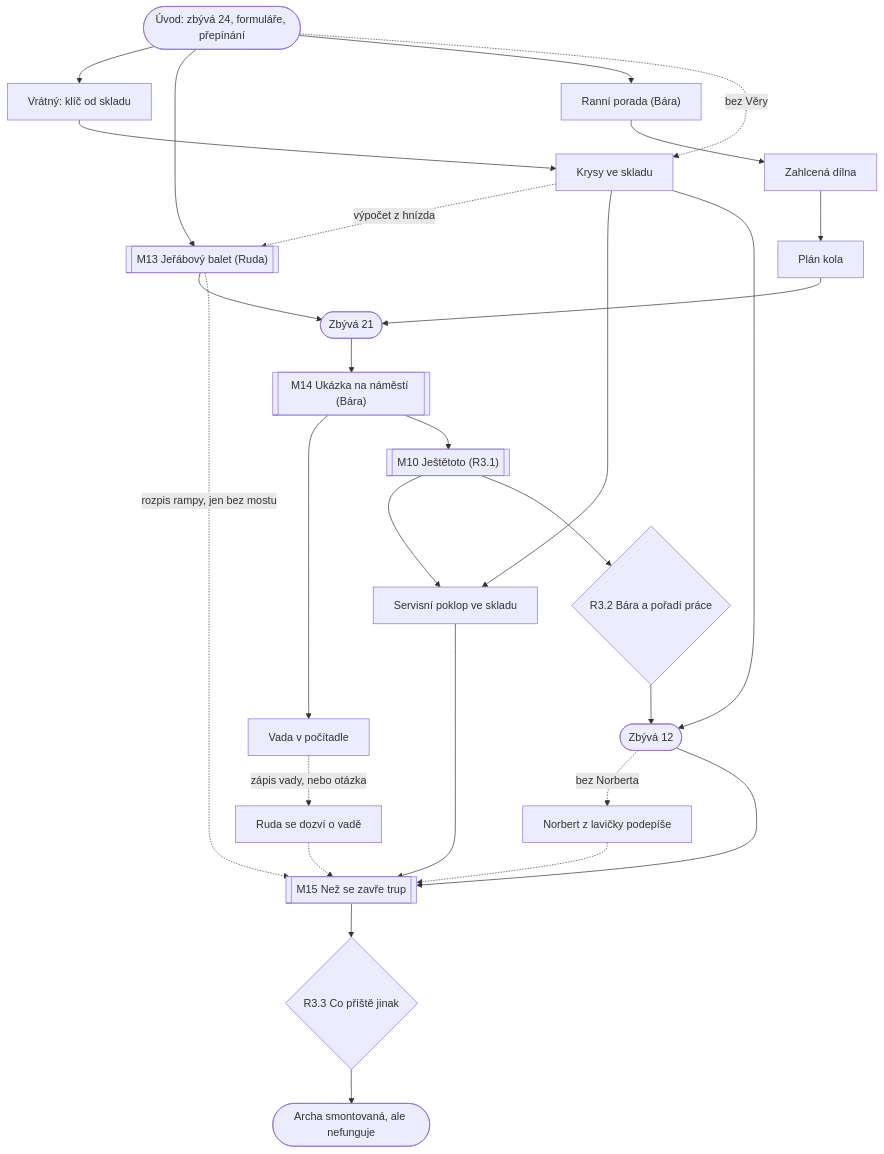
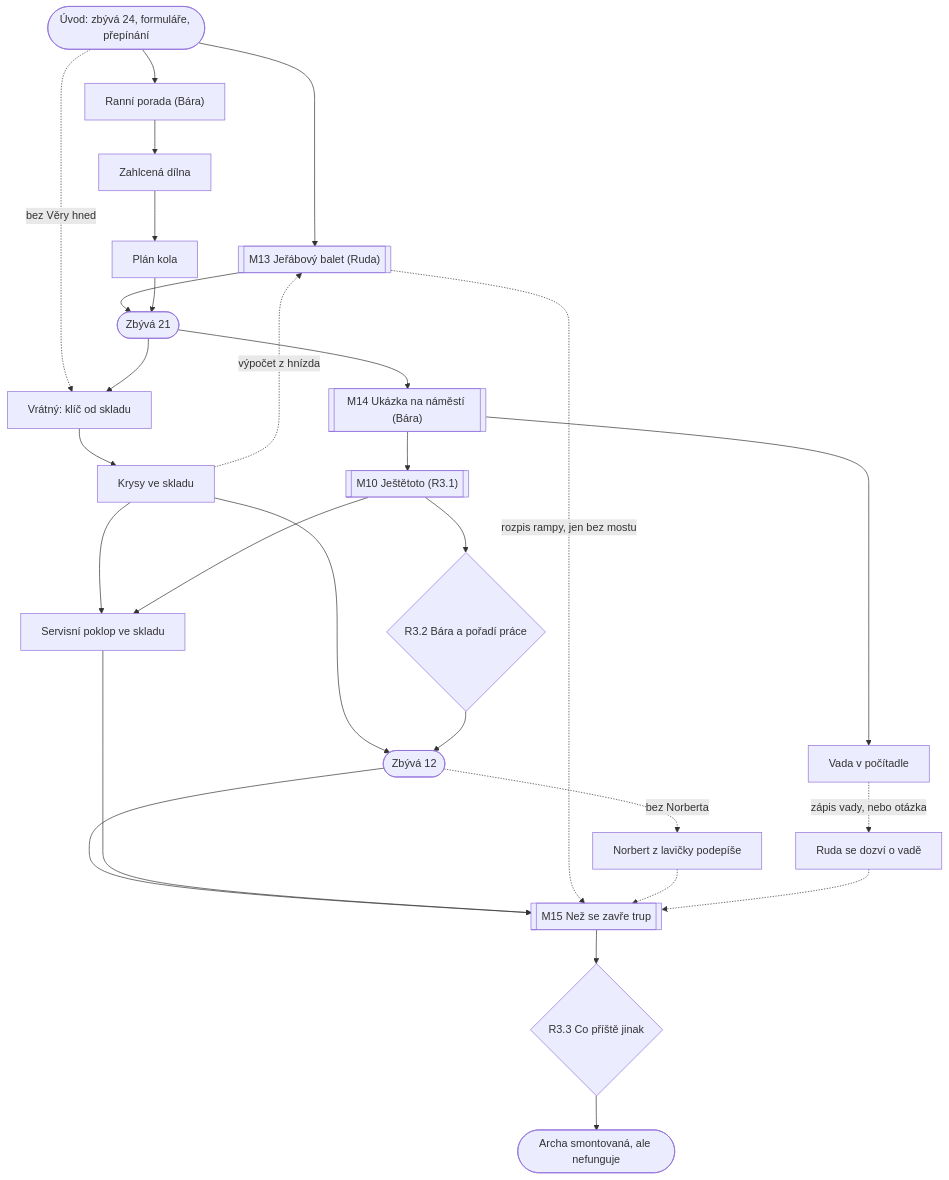
Before and after one commit to miroslavkrupa/games-termin-byl-vcera: the diagram in docs/kapitoly/03-realizace.md, drawn with Mermaid. The commit also changed other lines of this file and 16 other files, not shown here.

First line of the commit message:
Graf závislostí kapitol 1–3; klíč od skladu až ve fázi B

````diff
--- a/docs/kapitoly/03-realizace.md
+++ b/docs/kapitoly/03-realizace.md
@@ -220,27 +222,27 @@
 ```mermaid
 flowchart TD
-  start(["Úvod: zbývá 24, formuláře, přepínání"]) --> vratny["Vrátný: klíč od skladu"]
-  start --> m13[["M13 Jeřábový balet (Ruda)"]]
+  start(["Úvod: zbývá 24, formuláře, přepínání"]) --> m13[["M13 Jeřábový balet (Ruda)"]]
+  start -.->|bez Věry hned| vratny
   start --> porada["Ranní porada (Bára)"]
   vratny --> sklad["Krysy ve skladu"]
-  start -.->|bez Věry| sklad
   sklad -.->|výpočet z hnízda| m13
   porada --> dilna["Zahlcená dílna"]
   dilna --> plan["Plán kola"]
   m13 & plan --> fazeB(["Zbývá 21"])
+  fazeB --> vratny["Vrátný: klíč od skladu"]
   fazeB --> m14[["M14 Ukázka na náměstí (Bára)"]]
   m14 --> vada["Vada v počítadle"]
   m14 --> m10[["M10 Ještětoto (R3.1)"]]
   sklad --> poklop["Servisní poklop ve skladu"]
   m10 --> poklop
   vada -.->|zápis vady, nebo otázka| hlaseni["Ruda se dozví o vadě"]
   m10 --> r32{"R3.2 Bára a pořadí práce"}
   sklad & r32 --> fazeC(["Zbývá 12"])
   fazeC -.->|bez Norberta| podpis["Norbert z lavičky podepíše"]
   fazeC & poklop --> m15[["M15 Než se zavře trup"]]
   m13 -.->|rozpis rampy, jen bez mostu| m15
   podpis -.-> m15
   hlaseni -.-> m15
   m15 --> r33{"R3.3 Co příště jinak"}
   r33 --> konec(["Archa smontovaná, ale nefunguje"])
 ```
````
